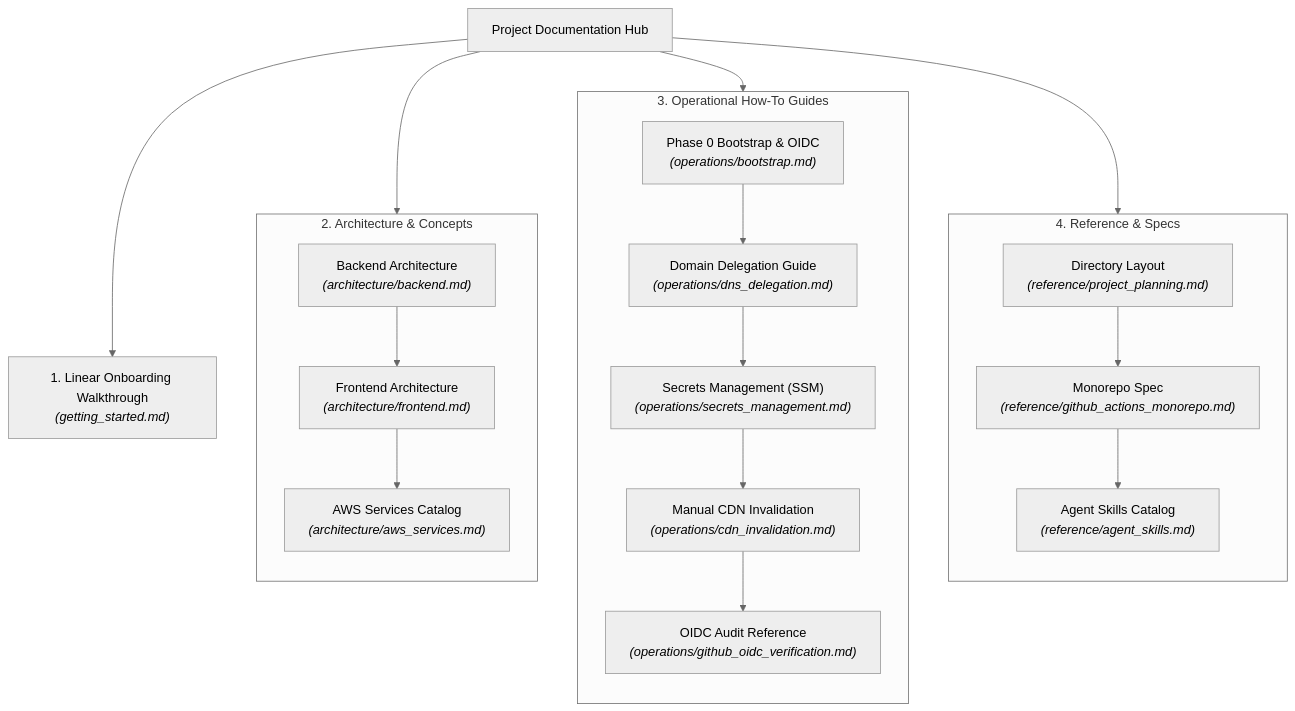
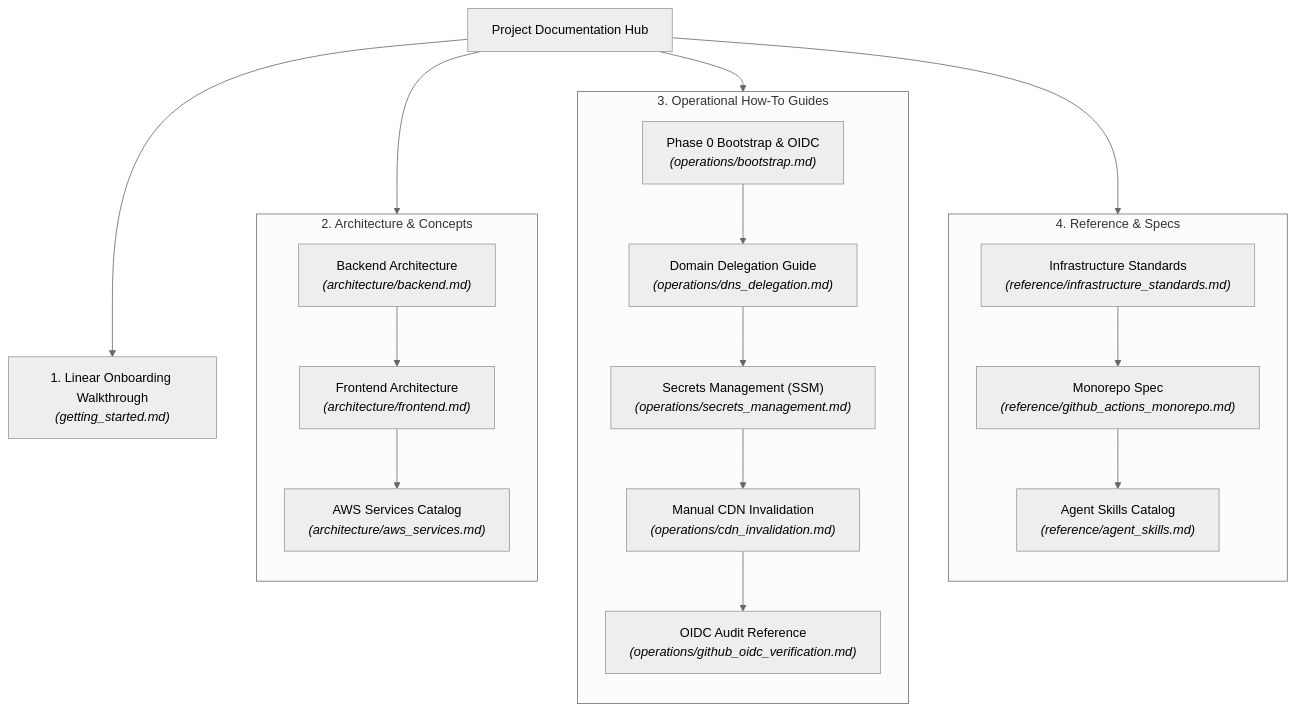
Before and after one commit to Beep1608/cleanmybelly: the diagram in docs/README.md, drawn with Mermaid (neutral theme). The commit also changed other lines of this file and 8 other files, not shown here.

````diff
--- a/docs/README.md
+++ b/docs/README.md
@@ -17,33 +17,33 @@
 ```mermaid
 graph TD
     Start[Project Documentation Hub] --> GS["1. Linear Onboarding Walkthrough<br><i>(getting_started.md)</i>"]
     Start --> Arch
     Start --> Ops
     Start --> Ref
 
     subgraph Arch [2. Architecture & Concepts]
         direction TB
         Arch_Back["Backend Architecture<br><i>(architecture/backend.md)</i>"]
         Arch_Front["Frontend Architecture<br><i>(architecture/frontend.md)</i>"]
         Arch_AWS["AWS Services Catalog<br><i>(architecture/aws_services.md)</i>"]
         Arch_Back --> Arch_Front --> Arch_AWS
     end
 
     subgraph Ops [3. Operational How-To Guides]
         direction TB
         Ops_Boot["Phase 0 Bootstrap & OIDC<br><i>(operations/bootstrap.md)</i>"]
         Ops_DNS["Domain Delegation Guide<br><i>(operations/dns_delegation.md)</i>"]
         Ops_Sec["Secrets Management (SSM)<br><i>(operations/secrets_management.md)</i>"]
         Ops_CDN["Manual CDN Invalidation<br><i>(operations/cdn_invalidation.md)</i>"]
         Ops_OIDC["OIDC Audit Reference<br><i>(operations/github_oidc_verification.md)</i>"]
         Ops_Boot --> Ops_DNS --> Ops_Sec --> Ops_CDN --> Ops_OIDC
     end
 
     subgraph Ref [4. Reference & Specs]
         direction TB
-        Ref_Plan["Directory Layout<br><i>(reference/project_planning.md)</i>"]
+        Ref_Plan["Infrastructure Standards<br><i>(reference/infrastructure_standards.md)</i>"]
         Ref_Pipe["Monorepo Spec<br><i>(reference/github_actions_monorepo.md)</i>"]
         Ref_Skills["Agent Skills Catalog<br><i>(reference/agent_skills.md)</i>"]
         Ref_Plan --> Ref_Pipe --> Ref_Skills
     end
 ```
````
